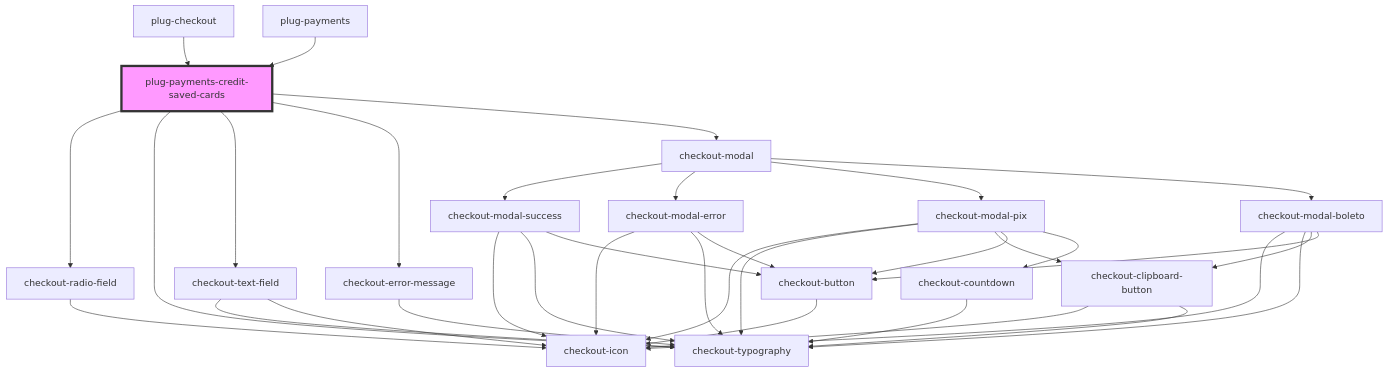
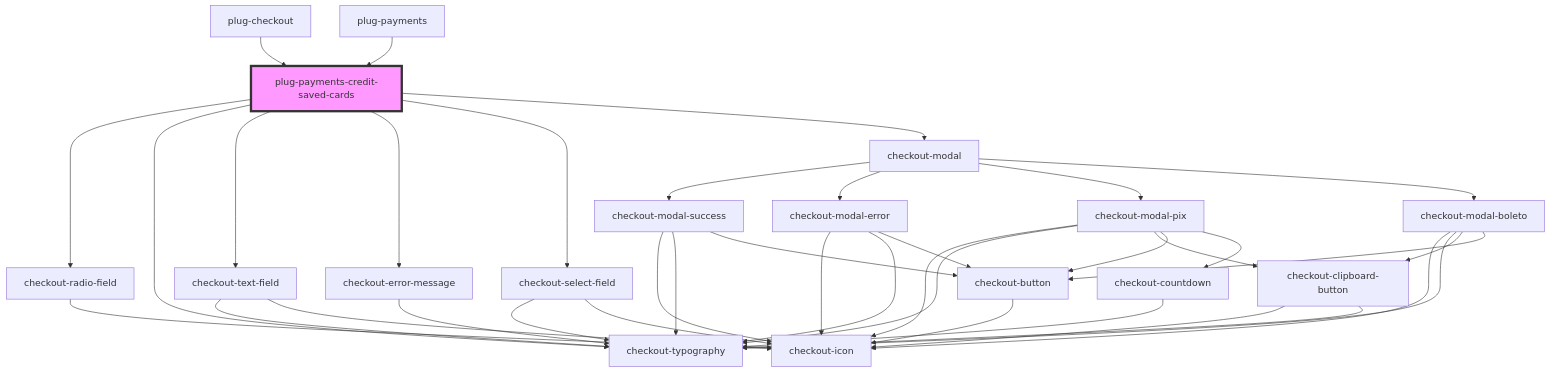
The diagram in packages/checkout/core/src/components/plug-payments-credit/partials/plug-payments-credit-saved-cards/readme.md (plughacker/malga-checkout), drawn with Mermaid before and after one commit. The commit also changed other lines of this file and 2 other files, not shown here.

Commit message:
docs(plug-checkout): component graphs

````diff
--- a/packages/checkout/core/src/components/plug-payments-credit/partials/plug-payments-credit-saved-cards/readme.md
+++ b/packages/checkout/core/src/components/plug-payments-credit/partials/plug-payments-credit-saved-cards/readme.md
@@ -24,38 +25,41 @@
 ```mermaid
 graph TD;
   plug-payments-credit-saved-cards --> checkout-radio-field
   plug-payments-credit-saved-cards --> checkout-typography
   plug-payments-credit-saved-cards --> checkout-text-field
   plug-payments-credit-saved-cards --> checkout-error-message
+  plug-payments-credit-saved-cards --> checkout-select-field
   plug-payments-credit-saved-cards --> checkout-modal
   checkout-radio-field --> checkout-icon
   checkout-text-field --> checkout-typography
   checkout-text-field --> checkout-icon
   checkout-error-message --> checkout-typography
+  checkout-select-field --> checkout-typography
+  checkout-select-field --> checkout-icon
   checkout-modal --> checkout-modal-success
   checkout-modal --> checkout-modal-error
   checkout-modal --> checkout-modal-pix
   checkout-modal --> checkout-modal-boleto
   checkout-modal-success --> checkout-icon
   checkout-modal-success --> checkout-typography
   checkout-modal-success --> checkout-button
   checkout-button --> checkout-icon
   checkout-modal-error --> checkout-icon
   checkout-modal-error --> checkout-typography
   checkout-modal-error --> checkout-button
   checkout-modal-pix --> checkout-icon
   checkout-modal-pix --> checkout-typography
   checkout-modal-pix --> checkout-clipboard-button
   checkout-modal-pix --> checkout-button
   checkout-modal-pix --> checkout-countdown
   checkout-clipboard-button --> checkout-icon
   checkout-clipboard-button --> checkout-typography
   checkout-countdown --> checkout-typography
   checkout-modal-boleto --> checkout-icon
   checkout-modal-boleto --> checkout-typography
   checkout-modal-boleto --> checkout-clipboard-button
   checkout-modal-boleto --> checkout-button
   plug-checkout --> plug-payments-credit-saved-cards
   plug-payments --> plug-payments-credit-saved-cards
   style plug-payments-credit-saved-cards fill:#f9f,stroke:#333,stroke-width:4px
 ```
````
